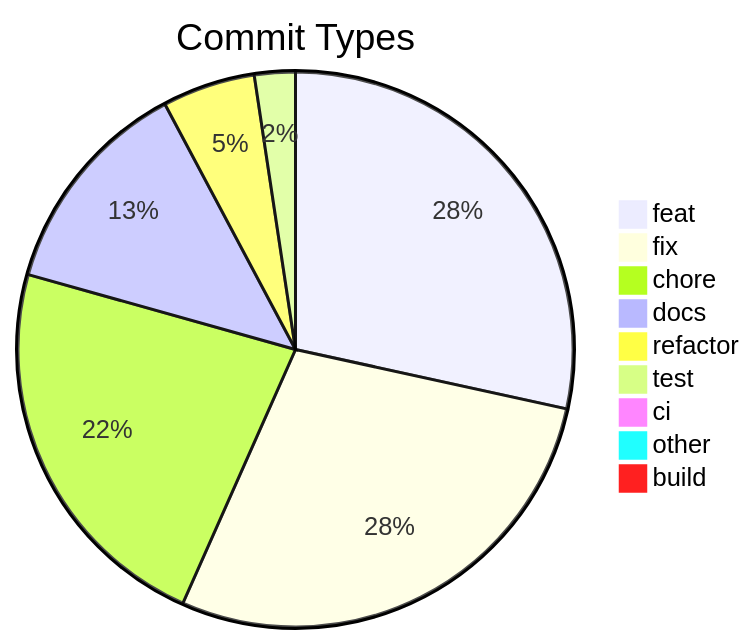
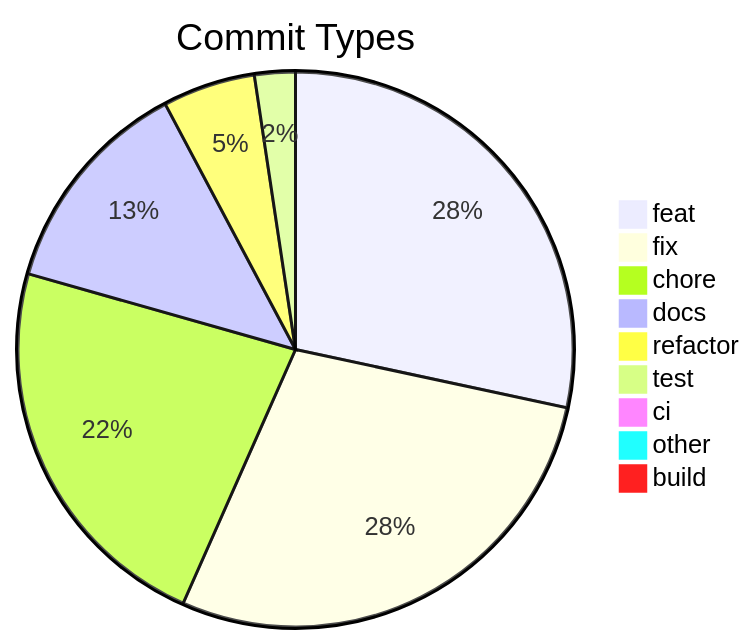
One commit to svenroth-ai/shipwright changed the diagram in .shipwright/compliance/change-history.md. Above: the diagram before and after it, drawn with Mermaid. The commit also changed other lines of this file and 17 other files, not shown here.

````diff
--- a/.shipwright/compliance/change-history.md
+++ b/.shipwright/compliance/change-history.md
@@ -8,12 +8,12 @@
 ```mermaid
 pie title Commit Types
     "feat" : 263
-    "fix" : 261
-    "chore" : 210
+    "fix" : 262
+    "chore" : 211
     "docs" : 119
     "refactor" : 50
     "test" : 22
     "ci" : 7
     "other" : 7
     "build" : 1
 ```
````
